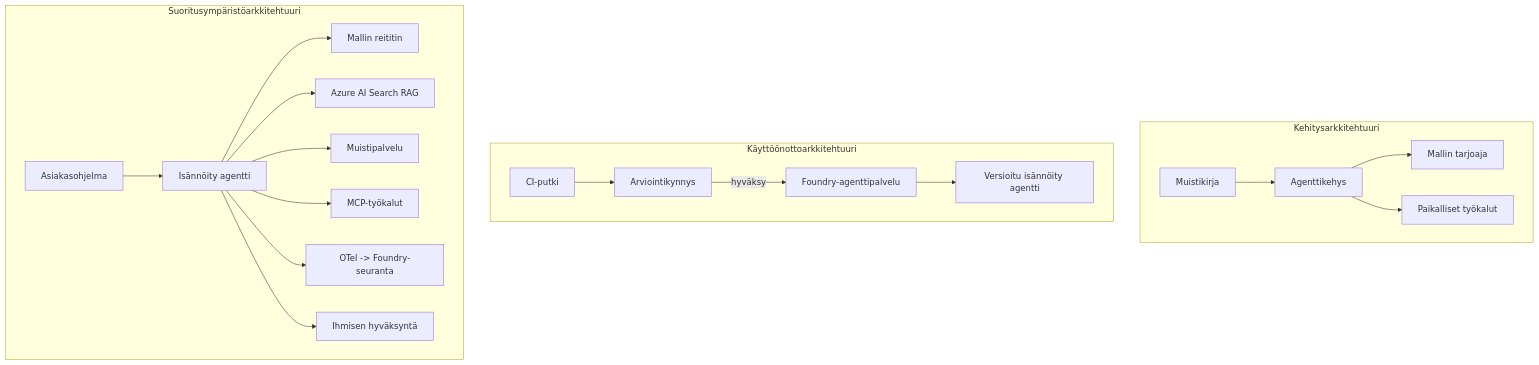
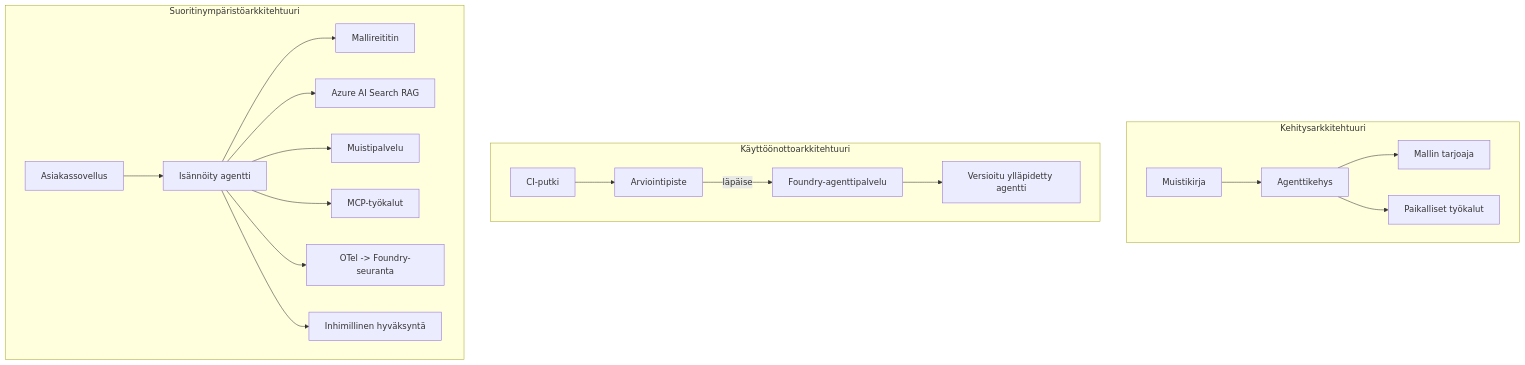
The fourth of 4 diagrams in translations/fi/16-deploying-scalable-agents/README.md (microsoft/ai-agents-for-beginners), drawn with Mermaid before and after one commit. The commit also changed other lines of this file and 47 other files, not shown here.

````diff
--- a/translations/fi/16-deploying-scalable-agents/README.md
+++ b/translations/fi/16-deploying-scalable-agents/README.md
@@ -185,22 +185,22 @@
 ```mermaid
 flowchart TB
     subgraph Dev[Kehitysarkkitehtuuri]
         D1[Muistikirja] --> D2[Agenttikehys]
         D2 --> D3[Mallin tarjoaja]
         D2 --> D4[Paikalliset työkalut]
     end
     subgraph Deploy[Käyttöönottoarkkitehtuuri]
-        E1[CI-putki] --> E2[Arviointikynnys]
-        E2 -->|hyväksy| E3[Foundry-agenttipalvelu]
-        E3 --> E4[Versioitu isännöity agentti]
+        E1[CI-putki] --> E2[Arviointipiste]
+        E2 -->|läpäise| E3[Foundry-agenttipalvelu]
+        E3 --> E4[Versioitu ylläpidetty agentti]
     end
-    subgraph Run[Suoritusympäristöarkkitehtuuri]
-        F1[Asiakasohjelma] --> F2[Isännöity agentti]
-        F2 --> F3[Mallin reititin]
+    subgraph Run[Suoritinympäristöarkkitehtuuri]
+        F1[Asiakassovellus] --> F2[Isännöity agentti]
+        F2 --> F3[Mallireititin]
         F2 --> F4[Azure AI Search RAG]
         F2 --> F5[Muistipalvelu]
         F2 --> F6[MCP-työkalut]
         F2 --> F7[OTel -> Foundry-seuranta]
-        F2 --> F8[Ihmisen hyväksyntä]
+        F2 --> F8[Inhimillinen hyväksyntä]
     end
 ```
````
